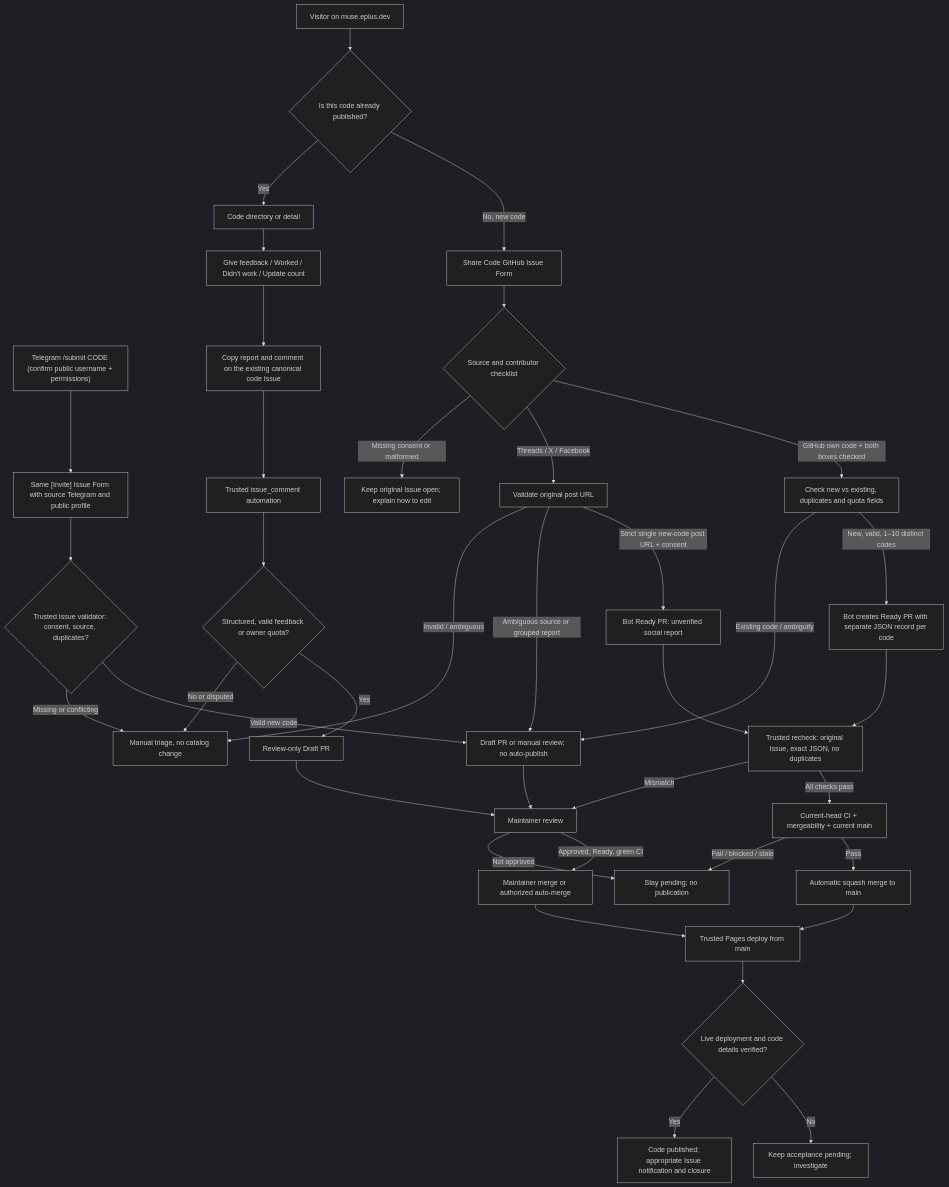
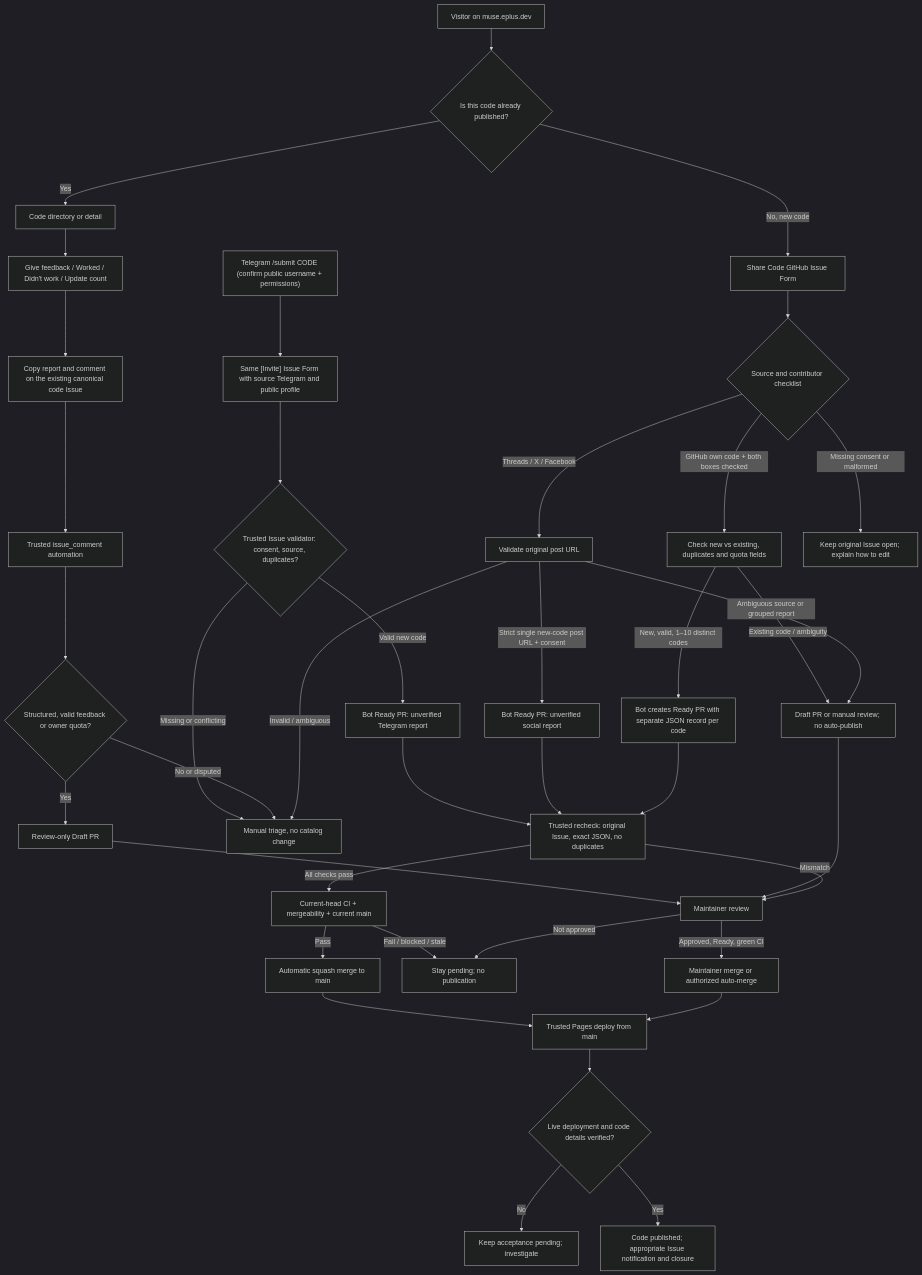
One commit to ePlus-DEV/muse-invite-hub changed the first of 2 diagrams in docs/CONTRIBUTION_FLOW.md. Above: the diagram before and after it, drawn with Mermaid (dark theme). The commit also changed other lines of this file, not shown here.

Commit message:
docs(flow): route consented Telegram new-code PRs through independent auto-merge

````diff
--- a/docs/CONTRIBUTION_FLOW.md
+++ b/docs/CONTRIBUTION_FLOW.md
@@ -9,40 +9,41 @@
 ```mermaid
 flowchart TD
     A["Visitor on muse.eplus.dev"] --> B{"Is this code already published?"}
     TG["Telegram /submit CODE (confirm public username + permissions)"] --> TGI["Same [Invite] Issue Form with source Telegram and public profile"]
     TGI --> TGD{"Trusted Issue validator: consent, source, duplicates?"}
-    TGD -->|"Valid new code"| P
+    TGD -->|"Valid new code"| TGQ["Bot Ready PR: unverified Telegram report"]
+    TGQ --> S
     TGD -->|"Missing or conflicting"| J
     B -->|"No, new code"| C["Share Code GitHub Issue Form"]
     B -->|"Yes"| D["Code directory or detail"]
     D --> E["Give feedback / Worked / Didn't work / Update count"]
     E --> F["Copy report and comment on the existing canonical code Issue"]
     F --> G["Trusted issue_comment automation"]
     G --> H{"Structured, valid feedback or owner quota?"}
     H -->|"Yes"| I["Review-only Draft PR"]
     H -->|"No or disputed"| J["Manual triage, no catalog change"]
     C --> K{"Source and contributor checklist"}
     K -->|"GitHub own code + both boxes checked"| L["Check new vs existing, duplicates and quota fields"]
     K -->|"Threads / X / Facebook"| M["Validate original post URL"]
     K -->|"Missing consent or malformed"| N["Keep original Issue open; explain how to edit"]
     L -->|"New, valid, 1–10 distinct codes"| O["Bot creates Ready PR with separate JSON record per code"]
     L -->|"Existing code / ambiguity"| P["Draft PR or manual review; no auto-publish"]
     M -->|"Strict single new-code post URL + consent"| Q["Bot Ready PR: unverified social report"]
     M -->|"Ambiguous source or grouped report"| P
     M -->|"Invalid / ambiguous"| J
     I --> R["Maintainer review"]
     P --> R
     Q --> S
     O --> S["Trusted recheck: original Issue, exact JSON, no duplicates"]
     S -->|"All checks pass"| T["Current-head CI + mergeability + current main"]
     S -->|"Mismatch"| R
     T -->|"Pass"| U["Automatic squash merge to main"]
     T -->|"Fail / blocked / stale"| V["Stay pending; no publication"]
     R -->|"Approved, Ready, green CI"| W["Maintainer merge or authorized auto-merge"]
     R -->|"Not approved"| V
     U --> X["Trusted Pages deploy from main"]
     W --> X
     X --> Y{"Live deployment and code details verified?"}
     Y -->|"No"| Z["Keep acceptance pending; investigate"]
     Y -->|"Yes"| AA["Code published; appropriate Issue notification and closure"]
 ```
````
